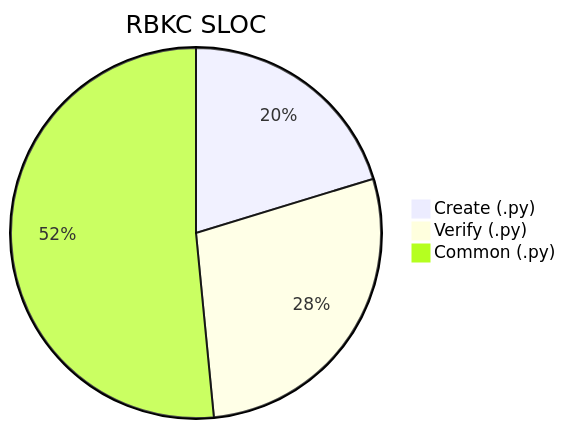
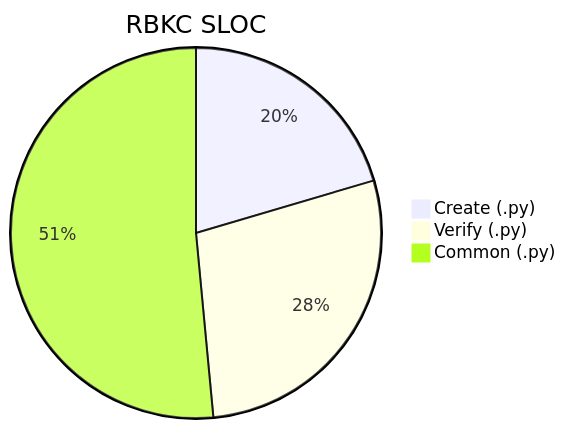
One commit to nablarch/nabledge-dev changed the tenth of 14 diagrams in docs/metrics.md. Above: the diagram before and after it, drawn with Mermaid. The commit also changed other lines of this file and 2 other files, not shown here.

````diff
--- a/docs/metrics.md
+++ b/docs/metrics.md
@@ -139,6 +139,6 @@
 ```mermaid
 pie title RBKC SLOC
-  "Create (.py)" : 1348
-  "Verify (.py)" : 1873
-  "Common (.py)" : 3426
+  "Create (.py)" : 1359
+  "Verify (.py)" : 1867
+  "Common (.py)" : 3425
 ```
````
